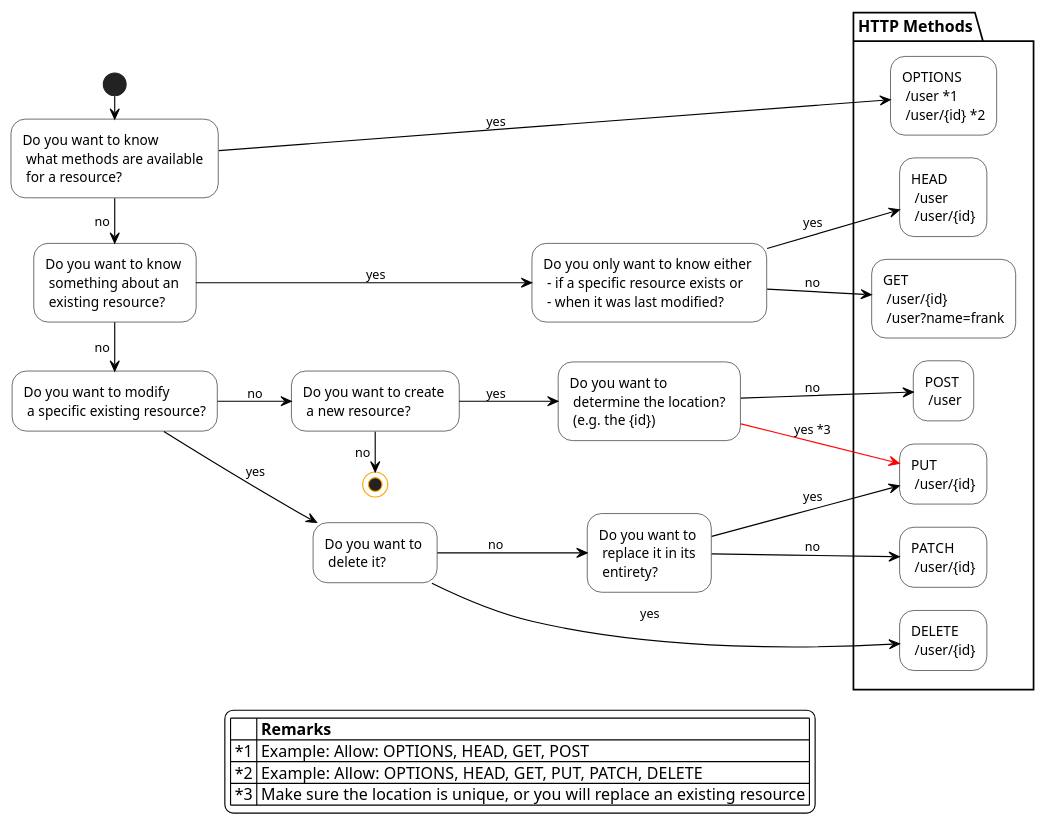
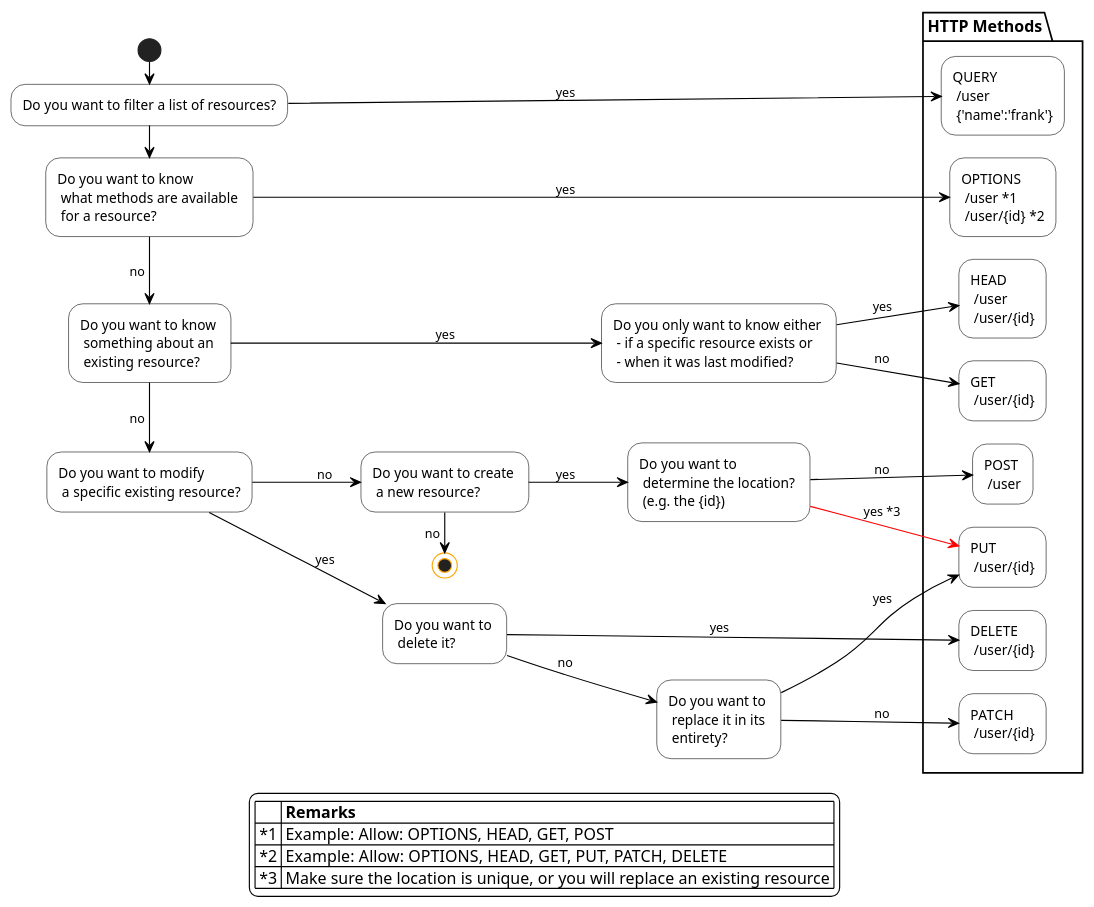
One commit to PrinsFrank/PrinsFrank.nl changed the diagram in graphs/HTTP-methods-overview.puml. Above: the diagram before and after it, drawn with PlantUML.

Commit message:
Add new QUERY method to HTTP method decision chart

```diff
--- a/graphs/HTTP-methods-overview.puml
+++ b/graphs/HTTP-methods-overview.puml
@@ -1,41 +1,43 @@
 @startuml
 
 skinparam arrowColor black
 
 skinparam activityBackgroundColor transparent
 skinparam legendBackgroundColor transparent
 skinparam activityBorderColor black
 skinparam activityEndColor orange
 
 left to right direction
 
-(*) -> "Do you want to know \n what methods are available \n for a resource?" as Q1
+(*) -> "Do you want to filter a list of resources?" as Q0
+Q0 -> "Do you want to know \n what methods are available \n for a resource?" as Q1
 Q1 -> [ no ] "Do you want to know \n something about an \n existing resource?" as Q2
 Q2 --> [ yes ] "Do you only want to know either \n - if a specific resource exists or \n - when it was last modified?" as Q3
 Q2 -> [ no ] "Do you want to modify \n a specific existing resource?" as Q4
 Q4 --> [ yes ] "Do you want to \n delete it?" as Q5
 Q5 --> [ no ] "Do you want to \n replace it in its \n entirety?" as Q6
 Q4 -> [ no ] "Do you want to create \n a new resource?" as Q7
 Q7 --> [ yes ] "Do you want to \n determine the location? \n (e.g. the {id})" as Q8
 
 partition "HTTP Methods" {
+    Q0 --> [ yes ] "QUERY \n /user \n {'name':'frank'}" as QUERY
     Q1 --> [ yes ] "OPTIONS \n /user *1 \n /user/{id} *2" as OPTIONS
     Q3 --> [ yes ] "HEAD \n /user \n /user/{id}" as HEAD
-    Q3 --> [ no ] "GET \n /user/{id} \n /user?name=frank" as GET
+    Q3 --> [ no ] "GET \n /user/{id}" as GET
     Q5 --> [ yes ] "DELETE \n /user/{id}" as DELETE
     Q6 --> [ yes ] "PUT \n /user/{id}" as PUT
     Q6 --> [ no ] "PATCH \n /user/{id}" as PATCH
     Q8 --> [ no ] "POST \n /user" as POST
     Q8 -[#red]-> [ yes *3 ] PUT
 }
 
 Q7 -> [ no ] (*)
 
 legend
 |= |= Remarks |
 | *1 | Example: Allow: OPTIONS, HEAD, GET, POST |
 | *2 | Example: Allow: OPTIONS, HEAD, GET, PUT, PATCH, DELETE |
 | *3 | Make sure the location is unique, or you will replace an existing resource |
 endlegend
 
 @enduml
```
